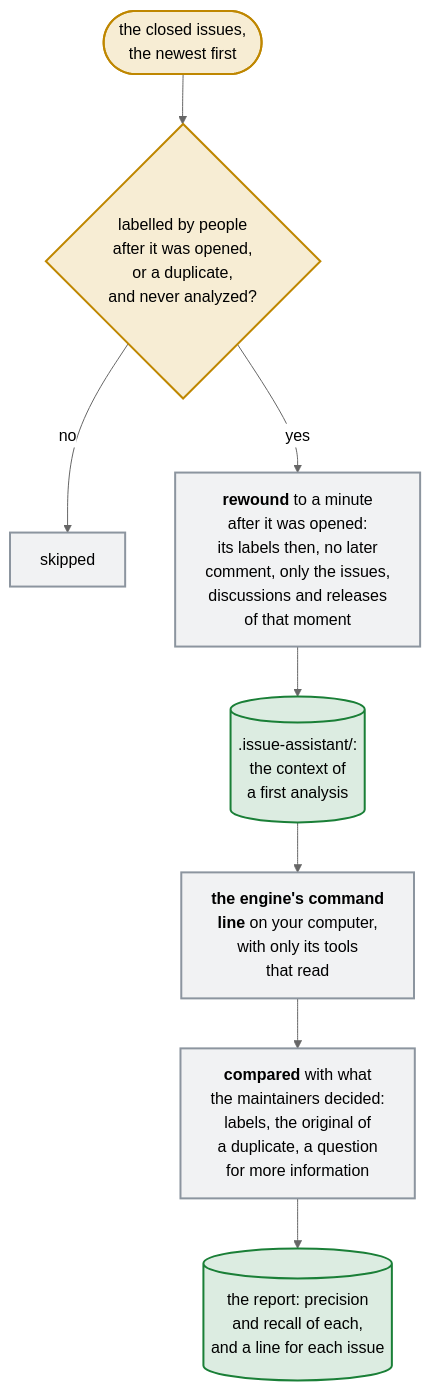
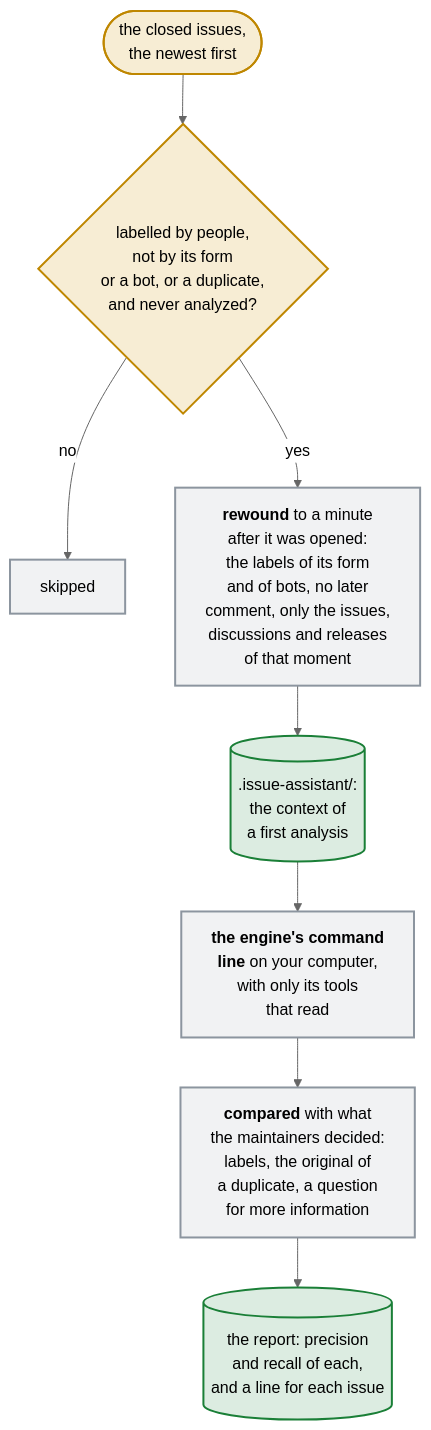
The diagram in docs/diagrams/how-evaluate-replays-a-closed-issue.mmd (Dennis-Otto/issue-assistant), drawn with Mermaid (neutral theme) before and after one commit. The commit also changed 12 other files, not shown here.

First line of the commit message:
fix(evaluation): the replay of an issue counts the labels that its maintainer set at its opening (#317)

```diff
--- a/docs/diagrams/how-evaluate-replays-a-closed-issue.mmd
+++ b/docs/diagrams/how-evaluate-replays-a-closed-issue.mmd
@@ -1,18 +1,18 @@
 flowchart TB
   accTitle: How evaluate replays a closed issue
-  accDescr: evaluate reads the closed issues, the newest first, and takes those that people labelled after they were opened or closed as a duplicate of an older issue, and that the assistant never analyzed, until it has as many as --issues asks for. It rewinds each to a minute after it was opened: the labels of that moment, no later comment, and only the issues, discussions and releases that existed then, an issue closed since as open. It writes the context of a first analysis, and the engine's command line on your computer answers, with only its tools that read. The answer's kind, areas, topics and priority are compared with the labels that people gave the issue after the moment, its duplicates with the original, and its questions with whether a maintainer asked. The report has the precision and recall of each, and a line for each issue.
-  closed(["the closed issues,<br>the newest first"]) --> choose{"labelled by people<br>after it was opened,<br>or a duplicate,<br>and never analyzed?"}
+  accDescr: evaluate reads the closed issues, the newest first, and takes those that people labelled, after they were opened or as a maintainer opened them, or closed as a duplicate of an older issue, and that the assistant never analyzed, until it has as many as --issues asks for. It rewinds each to a minute after it was opened: the labels that its form and bots gave it by then, no later comment, and only the issues, discussions and releases that existed then, an issue closed since as open. It writes the context of a first analysis, and the engine's command line on your computer answers, with only its tools that read. The answer's kind, areas, topics and priority are compared with the labels that people chose for the issue, its duplicates with the original, and its questions with whether a maintainer asked. The report has the precision and recall of each, and a line for each issue.
+  closed(["the closed issues,<br>the newest first"]) --> choose{"labelled by people,<br>not by its form<br>or a bot, or a duplicate,<br>and never analyzed?"}
   choose -- "no" --> skip["skipped"]
-  choose -- "yes" --> rewind["`**rewound** to a minute<br>after it was opened:<br>its labels then, no later<br>comment, only the issues,<br>discussions and releases<br>of that moment`"]
+  choose -- "yes" --> rewind["`**rewound** to a minute<br>after it was opened:<br>the labels of its form<br>and of bots, no later<br>comment, only the issues,<br>discussions and releases<br>of that moment`"]
   rewind --> context[(".issue-assistant/:<br>the context of<br>a first analysis")]
   context --> engine["`**the engine's command<br>line** on your computer,<br>with only its tools<br>that read`"]
   engine --> compare["`**compared** with what<br>the maintainers decided:<br>labels, the original of<br>a duplicate, a question<br>for more information`"]
   compare --> report[("the report: precision<br>and recall of each,<br>and a line for each issue")]
   classDef trigger fill:#d4a72c33,stroke:#bf8700,stroke-width:2px
   classDef question fill:#d4a72c33,stroke:#bf8700,stroke-width:2px
   classDef job fill:#8c959f1f,stroke:#8c959f,stroke-width:2px
   classDef safe fill:#1a7f3726,stroke:#1a7f37,stroke-width:2px
   class closed trigger
   class choose question
   class rewind,engine,compare,skip job
   class context,report safe
```
